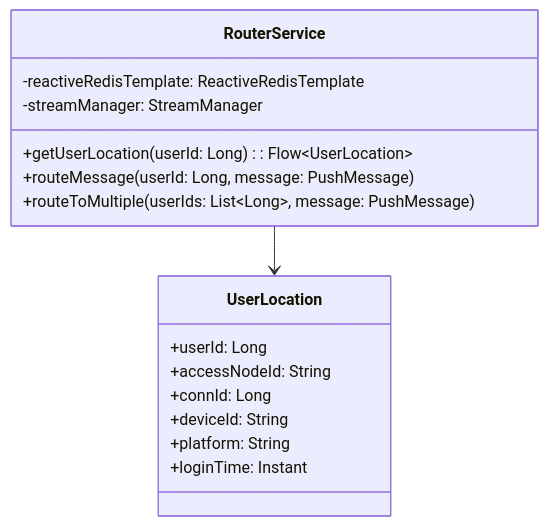
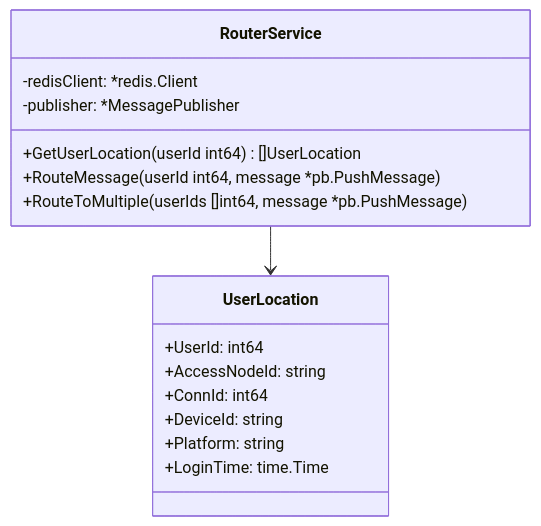
Before and after one commit to zhwillwintheworld/im-go: the fourth of 8 diagrams in docs/logic-layer-architecture.md, drawn with Mermaid. The commit also changed other lines of this file and 87 other files, not shown here.

````diff
--- a/docs/logic-layer-architecture.md
+++ b/docs/logic-layer-architecture.md
@@ -188,21 +184,21 @@
 ```mermaid
 classDiagram
     class RouterService {
-        -reactiveRedisTemplate: ReactiveRedisTemplate
-        -streamManager: StreamManager
-        +getUserLocation(userId: Long): Flow~UserLocation~
-        +routeMessage(userId: Long, message: PushMessage)
-        +routeToMultiple(userIds: List~Long~, message: PushMessage)
+        -redisClient: *redis.Client
+        -publisher: *MessagePublisher
+        +GetUserLocation(userId int64) []UserLocation
+        +RouteMessage(userId int64, message *pb.PushMessage)
+        +RouteToMultiple(userIds []int64, message *pb.PushMessage)
     }
 
     class UserLocation {
-        +userId: Long
-        +accessNodeId: String
-        +connId: Long
-        +deviceId: String
-        +platform: String
-        +loginTime: Instant
+        +UserId: int64
+        +AccessNodeId: string
+        +ConnId: int64
+        +DeviceId: string
+        +Platform: string
+        +LoginTime: time.Time
     }
 
     RouterService --> UserLocation
 ```
````
